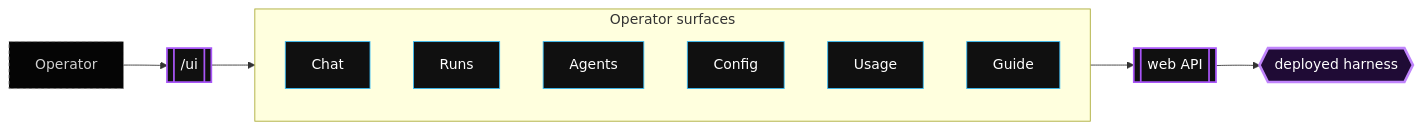
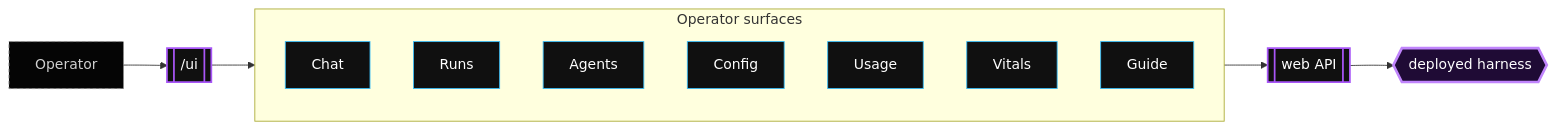
One commit to render-lab/render-agent-harness changed the diagram in docs-site/src/content/docs/operator-ui.mdx. Above: the diagram before and after it, drawn with Mermaid. The commit also changed other lines of this file and 18 other files, not shown here.

First line of the commit message:
feat: add operator vitals surface

````diff
--- a/docs-site/src/content/docs/operator-ui.mdx
+++ b/docs-site/src/content/docs/operator-ui.mdx
@@ -8,31 +8,32 @@
 ```mermaid
 flowchart LR
   operator["Operator"]
   ui[["/ui"]]
 
   subgraph tabs["Operator surfaces"]
     chat["Chat"]
     runs["Runs"]
     agents["Agents"]
     config["Config"]
     usage["Usage"]
+    vitals["Vitals"]
     guide["Guide"]
   end
 
   api[["web API"]]
   harness{{"deployed harness"}}
 
   operator --> ui
   ui --> tabs
   tabs --> api
   api --> harness
 
   class operator role
   class ui,api surface
-  class chat,runs,agents,config,usage,guide surfaceDetail
+  class chat,runs,agents,config,usage,vitals,guide surfaceDetail
   class harness central
   classDef role fill:#050505,stroke:#8a8a8a,color:#d0d0d0,stroke-dasharray:4 3
   classDef surface fill:#101010,stroke:#a855f7,stroke-width:2px,color:#ffffff
   classDef surfaceDetail fill:#101010,stroke:#38bdf8,color:#ffffff
   classDef central fill:#1f0b35,stroke:#c084fc,stroke-width:3px,color:#ffffff
 ```
````
